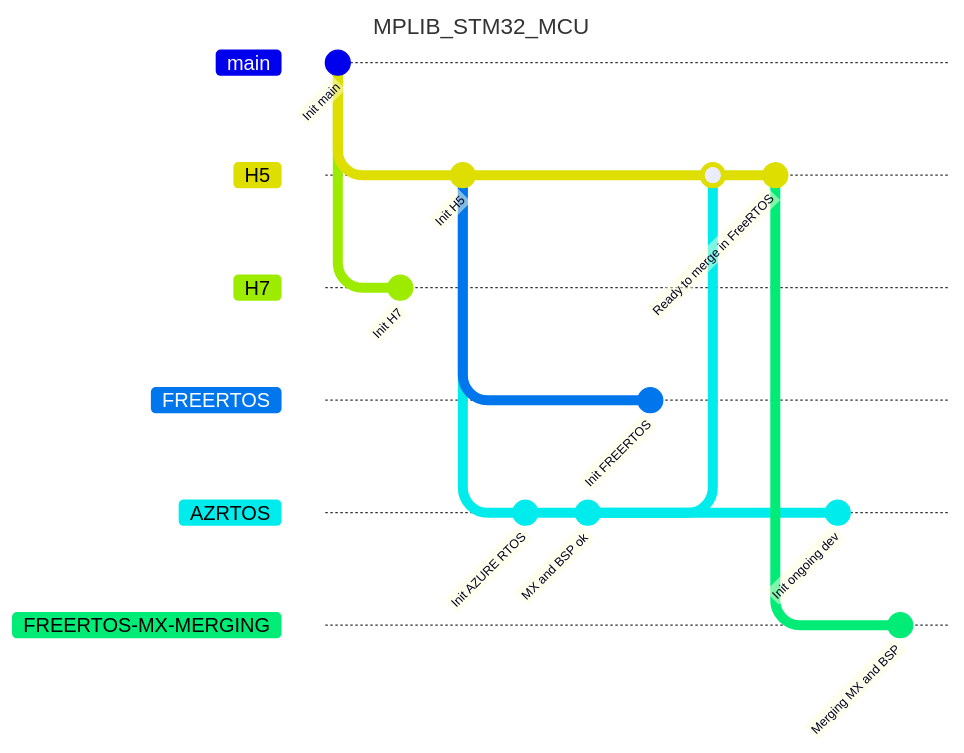
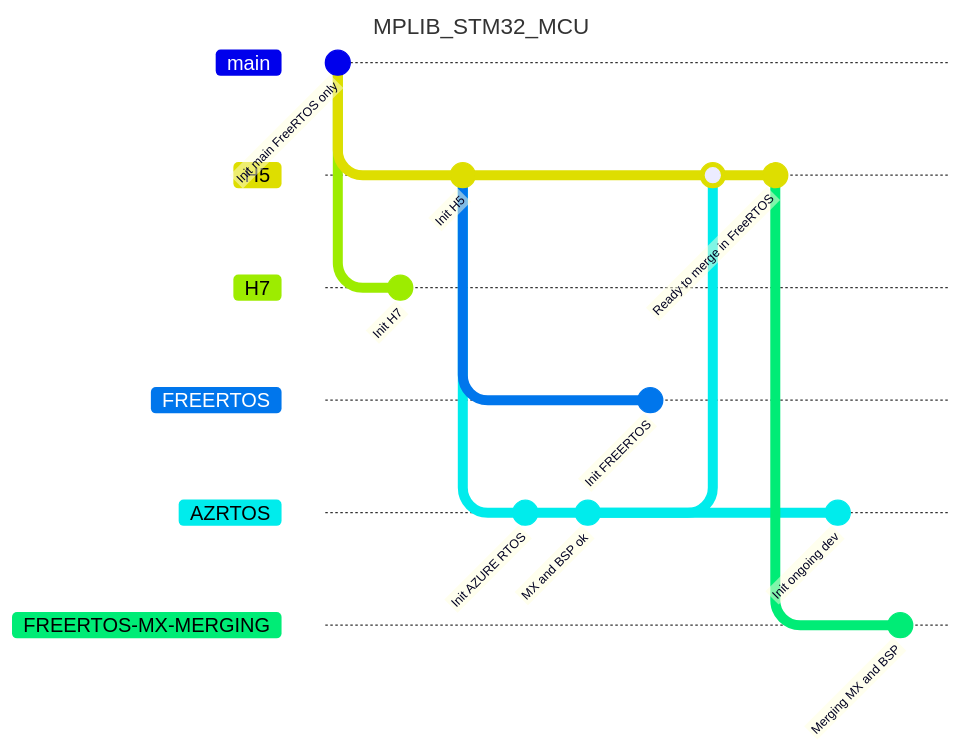
The second of 4 diagrams in README.md (packetqc/MPLIB), drawn with Mermaid before and after one commit. The commit also changed 1 other file, not shown here.

````diff
--- a/README.md
+++ b/README.md
@@ -66,26 +66,26 @@
 ```mermaid
 ---
 title: MPLIB_STM32_MCU
 ---
 gitGraph
-commit id: "Init main"
+commit id: "Init main FreeRTOS only"
 branch H5
 branch H7
 commit id: "Init H7"
 checkout H5
 commit id: "Init H5"
 branch FREERTOS
 branch AZRTOS
 commit id: "Init AZURE RTOS"
 commit id: "MX and BSP ok"
 checkout FREERTOS
 commit id: "Init FREERTOS"
 checkout H5
 merge AZRTOS
 commit id: "Ready to merge in FreeRTOS"
 checkout AZRTOS
 commit id: "Init ongoing dev"
 checkout H5
 branch FREERTOS-MX-MERGING
 commit id: "Merging MX and BSP"
 ```
````
